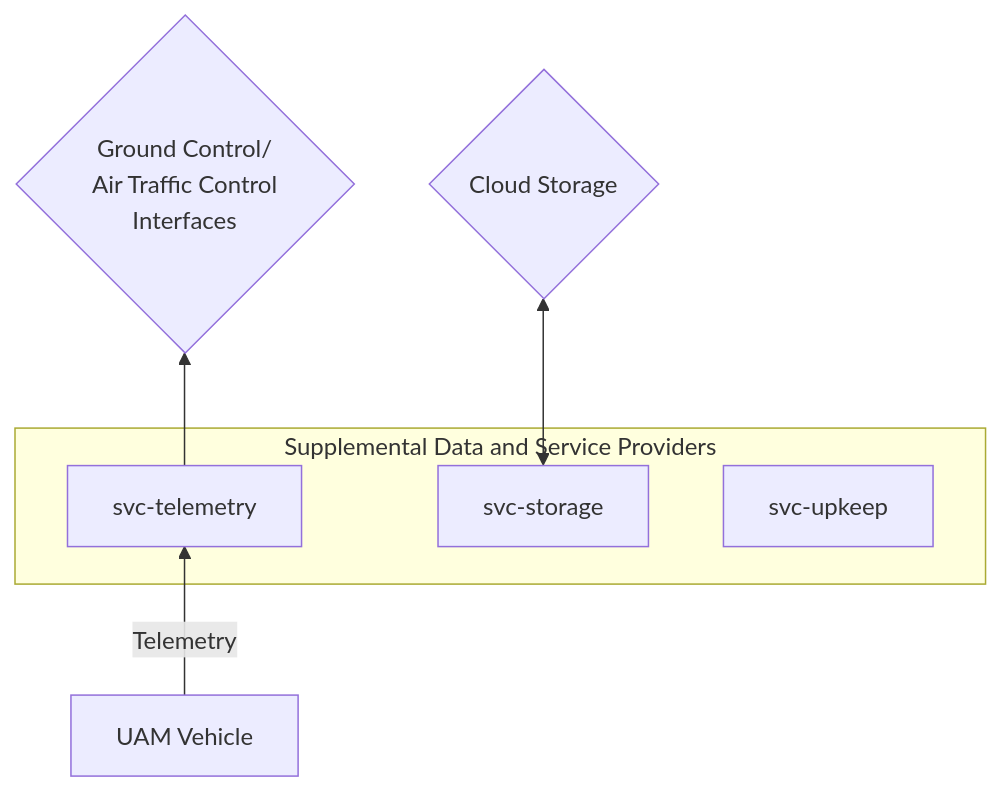
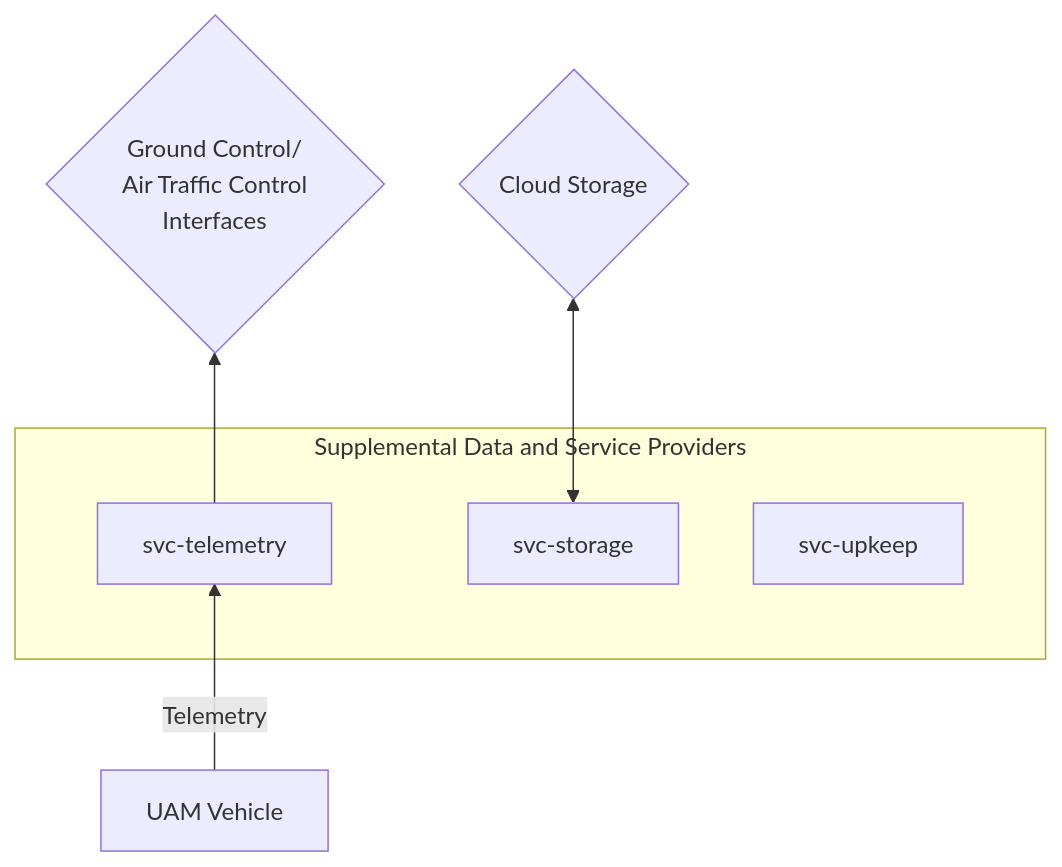
One commit to aetheric-oss/se-services changed the fifth of 6 diagrams in docs/conops.md. Above: the diagram before and after it, drawn with Mermaid. The commit also changed other lines of this file, not shown here.

Commit message:
Add padding to diagrams

````diff
--- a/docs/conops.md
+++ b/docs/conops.md
@@ -269,15 +291,19 @@
 ```mermaid
+flowchart BT
+classDef subgraph_padding fill:none,stroke:none
 
-flowchart BT
 subgraph Supplemental Data and Service Providers
+subgraph p [ ]
 	stor[svc-storage]
 	tlm[svc-telemetry]
 	upk[svc-upkeep]
+end
 end
 
 gcs{Ground Control/<br>Air Traffic Control<br>Interfaces}
 vehicle[UAM Vehicle] -- Telemetry --> tlm
 stor <--> cloud{Cloud Storage}
 tlm --> gcs
 
+class p subgraph_padding
 ```
````
